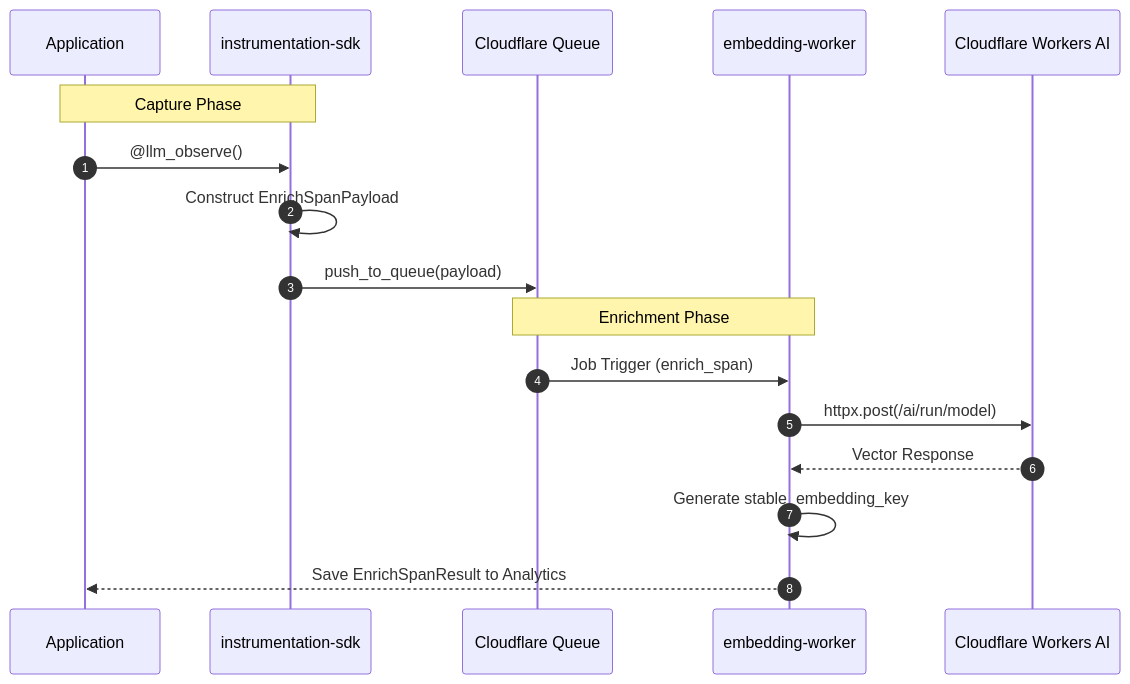
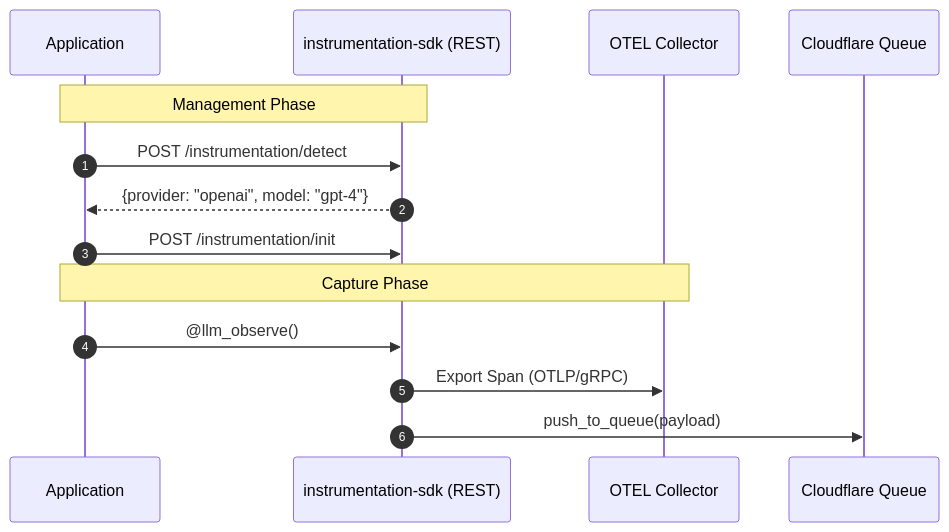
The diagram in packages/python/README.md (Chief-Strategist-J/llm-observability-platform), drawn with Mermaid before and after one commit. The commit also changed other lines of this file and 47 other files, not shown here.

First line of the commit message:
feat: add rest api to instrumentation sdk

````diff
--- a/packages/python/README.md
+++ b/packages/python/README.md
@@ -44,21 +47,18 @@
 ```mermaid
 sequenceDiagram
     autonumber
     participant App as Application
-    participant SDK as instrumentation-sdk
+    participant SDK as instrumentation-sdk (REST)
+    participant OTEL as OTEL Collector
     participant CFQ as Cloudflare Queue
-    participant WRK as embedding-worker
-    participant AI as Cloudflare Workers AI
 
-    Note over App, SDK: Capture Phase
+    Note over App, SDK: Management Phase
+    App->>SDK: POST /instrumentation/detect
+    SDK-->>App: {provider: "openai", model: "gpt-4"}
+    App->>SDK: POST /instrumentation/init
+
+    Note over App, OTEL: Capture Phase
     App->>SDK: @llm_observe()
-    SDK->>SDK: Construct EnrichSpanPayload
+    SDK->>OTEL: Export Span (OTLP/gRPC)
     SDK->>CFQ: push_to_queue(payload)
-
-    Note over CFQ, WRK: Enrichment Phase
-    CFQ->>WRK: Job Trigger (enrich_span)
-    WRK->>AI: httpx.post(/ai/run/model)
-    AI-->>WRK: Vector Response
-    WRK->>WRK: Generate stable_embedding_key
-    WRK-->>App: Save EnrichSpanResult to Analytics
 ```
````
